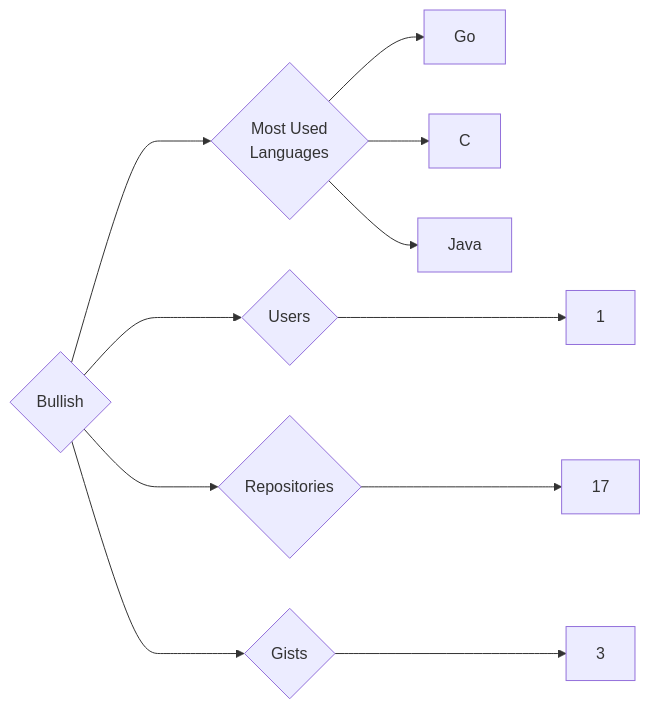
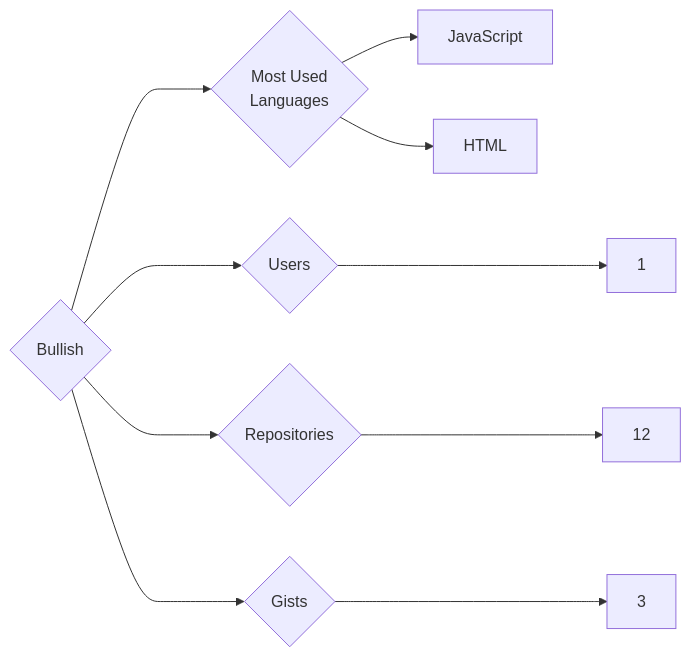
The diagram in targets/Bullish/README.md (trickest/insiders), drawn with Mermaid before and after one commit. The commit also changed 845 other files, not shown here.

````diff
--- a/targets/Bullish/README.md
+++ b/targets/Bullish/README.md
@@ -3,11 +3,10 @@
 ```mermaid
 graph LR
 COMPANY_NAME{Bullish}
 COMPANY_NAME ---> U{Users} ---> UN[1]
-COMPANY_NAME ---> R{Repositories} ---> RN[17]
+COMPANY_NAME ---> R{Repositories} ---> RN[12]
 COMPANY_NAME ---> G{Gists} ---> GN[3]
 COMPANY_NAME ---> ML{Most Used<br>Languages}
-ML --> Go[Go]
-ML --> C[C]
-ML --> Java[Java]
+ML --> JavaScript[JavaScript]
+ML --> HTML[HTML]
 ```
````
